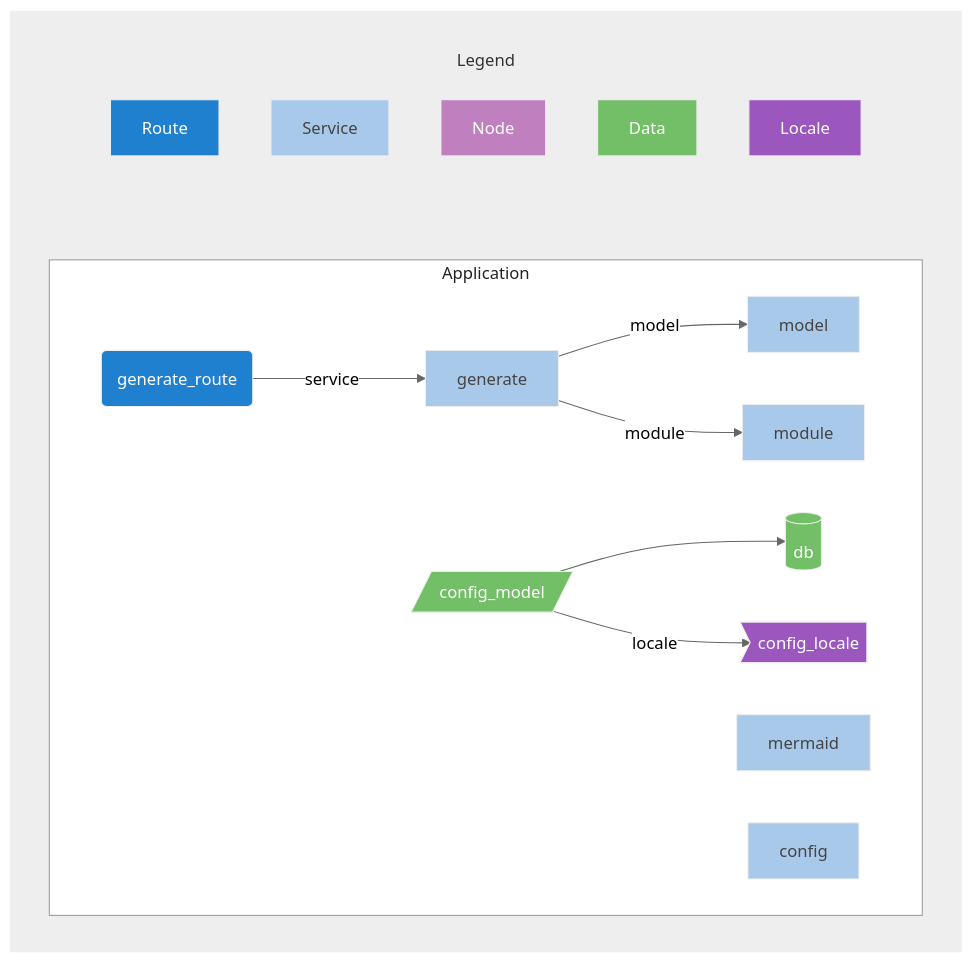
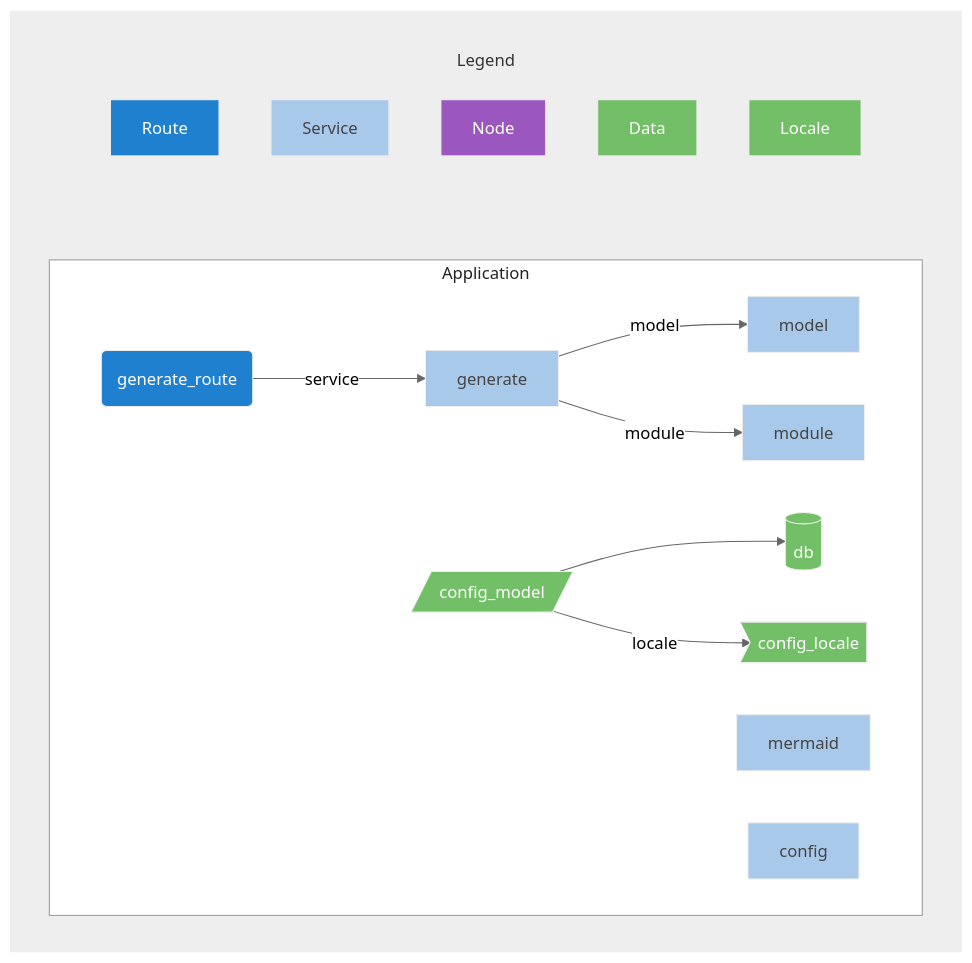
The diagram in client_data/default/config_default.README.mmd (franck-yvetot/nxn-cli), drawn with Mermaid (neutral theme) before and after one commit. The commit also changed 2 other files, not shown here.

```diff
--- a/client_data/default/config_default.README.mmd
+++ b/client_data/default/config_default.README.mmd
@@ -1,43 +1,43 @@
 graph LR;
 subgraph main
     direction LR;
 
     subgraph Application
         direction LR;
-        classDef nodeCls fill:#C080C0,stroke:#eee,color:#fff
+        classDef nodeCls fill:#9C57BF,stroke:#eee,color:#fff
         classDef routeCls fill:#2080D0,stroke:#eee,color:#fff
-        classDef nodCls fill:#C080C0,stroke:#eee,color:#fff
+        classDef nodCls fill:#9C57BF,stroke:#eee,color:#fff
         classDef serviceCls fill:#A9C9EB,stroke:#eee,color:#444
         classDef dataCls fill:#73BF67,stroke:#eee,color:#fff        
-        classDef localeCls fill:#9C57BF,stroke:#eee,color:#fff        
+        classDef localeCls fill:#73BF67,stroke:#eee,color:#fff        
     generate_route("generate_route"):::routeCls
     generate_route -- service -->generate;
     db[("db")]:::dataCls
     mermaid["mermaid"]:::serviceCls
     model["model"]:::serviceCls
     generate["generate"]:::serviceCls
     generate -- model -->model;
     generate -- module -->module;
     module["module"]:::serviceCls
     config_locale>"config_locale"]:::localeCls
     config_model[/"config_model"/]:::dataCls
     config_model --> db;
     config_model -- locale -->config_locale;
     config["config"]:::serviceCls
 end
 
     subgraph Legend
         Route:::routeCls
         Service:::serviceCls
         Node:::nodCls
         Data:::dataCls
         Locale:::localeCls
     end
 
 end
 
 
 
 style Application fill:#fff,stroke:#999,color:#222
 style Legend fill:#eee,stroke:#eee,color:#333
 style main fill:#eee,stroke:#eee,color:#eee
```
